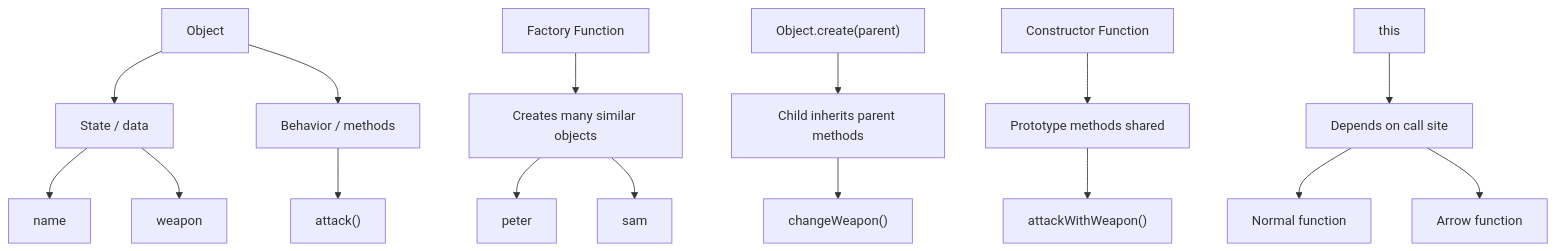
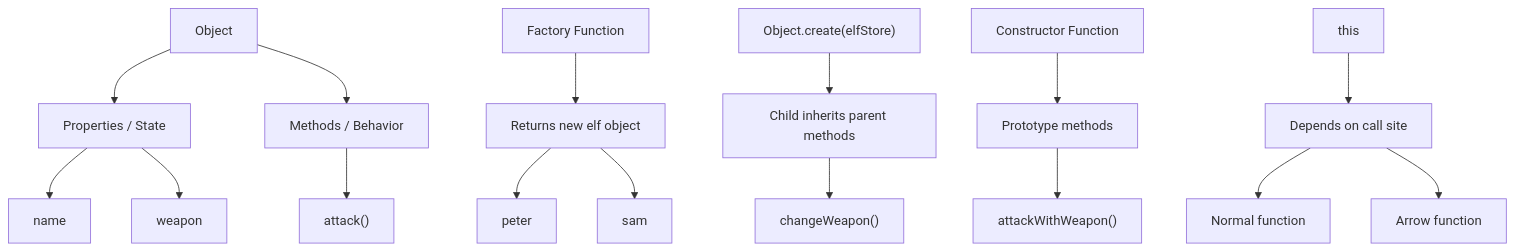
The diagram in oops/OOP.md (raushanapp/advance_javascript_Andre), drawn with Mermaid before and after one commit. The commit also changed other lines of this file and 1 other file, not shown here.

````diff
--- a/oops/OOP.md
+++ b/oops/OOP.md
@@ -283,23 +452,23 @@
 ```mermaid
 flowchart TD
-    A["Object"] --> B["State / data"]
-    A --> C["Behavior / methods"]
+    A["Object"] --> B["Properties / State"]
+    A --> C["Methods / Behavior"]
 
     B --> D["name"]
     B --> E["weapon"]
     C --> F["attack()"]
 
-    G["Factory Function"] --> H["Creates many similar objects"]
+    G["Factory Function"] --> H["Returns new elf object"]
     H --> I["peter"]
     H --> J["sam"]
 
-    K["Object.create(parent)"] --> L["Child inherits parent methods"]
+    K["Object.create(elfStore)"] --> L["Child inherits parent methods"]
     L --> M["changeWeapon()"]
 
-    N["Constructor Function"] --> O["Prototype methods shared"]
+    N["Constructor Function"] --> O["Prototype methods"]
     O --> P["attackWithWeapon()"]
 
     Q["this"] --> R["Depends on call site"]
     R --> S["Normal function"]
     R --> T["Arrow function"]
 ```
````
